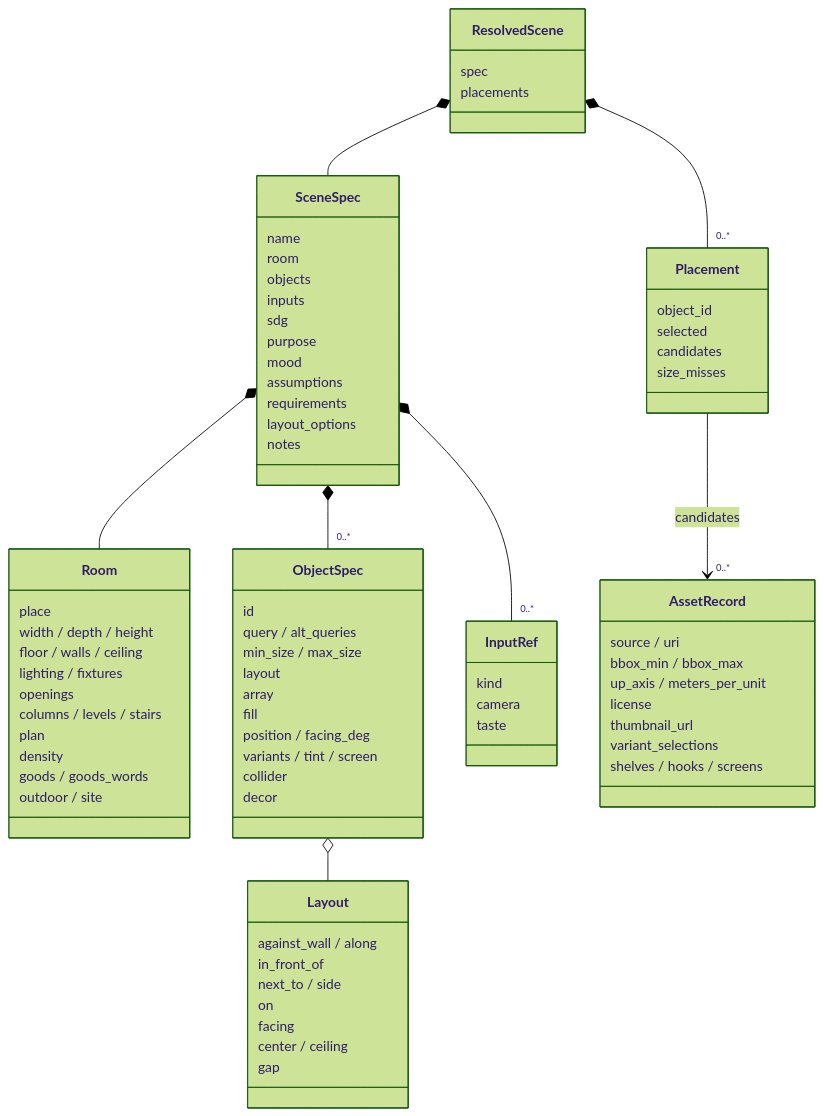
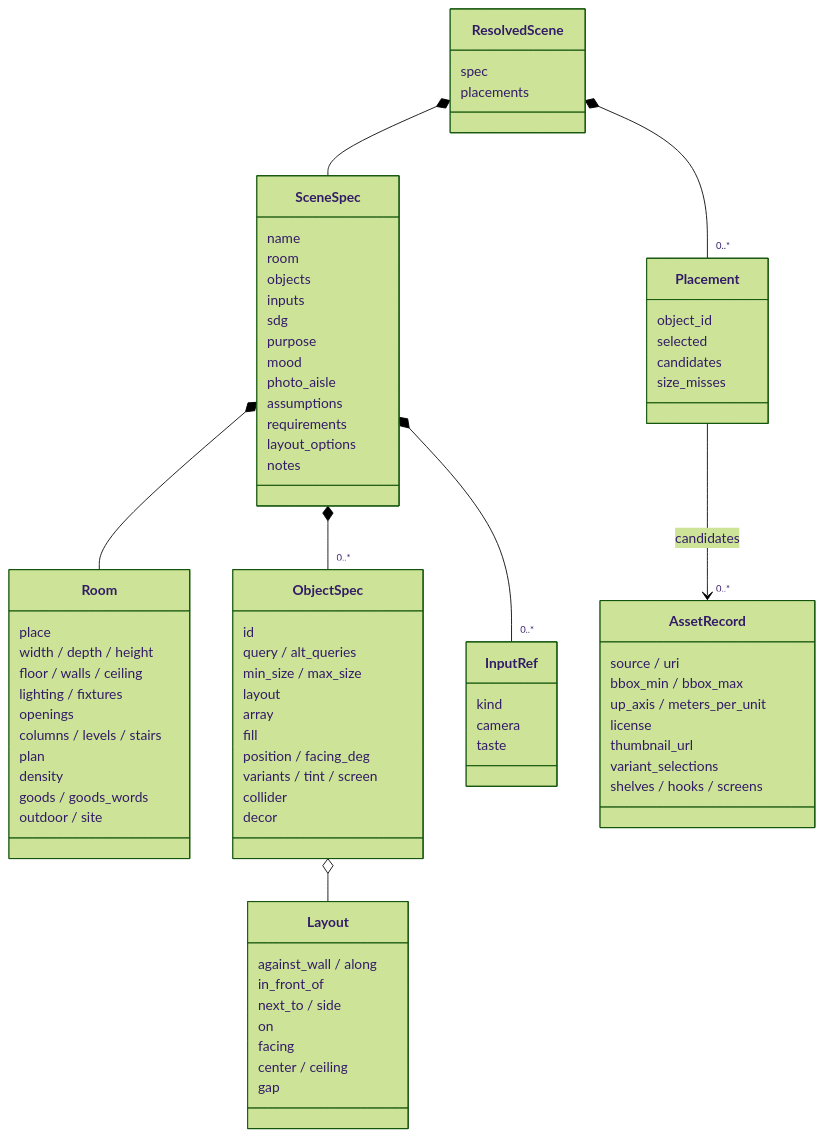
One commit to atinfinity/agentic-sim-world-gen changed the third of 13 diagrams in docs/en/architecture.md. Above: the diagram before and after it, drawn with Mermaid (forest theme). The commit also changed other lines of this file and 9 other files, not shown here.

First line of the commit message:
docs: clearer prose, fixed stale facts, more diagrams and tables

````diff
--- a/docs/en/architecture.md
+++ b/docs/en/architecture.md
@@ -75,80 +113,81 @@
 ```mermaid
 classDiagram
     class SceneSpec {
         name
         room
         objects
         inputs
         sdg
         purpose
         mood
+        photo_aisle
         assumptions
         requirements
         layout_options
         notes
     }
     class Room {
         place
         width / depth / height
         floor / walls / ceiling
         lighting / fixtures
         openings
         columns / levels / stairs
         plan
         density
         goods / goods_words
         outdoor / site
     }
     class ObjectSpec {
         id
         query / alt_queries
         min_size / max_size
         layout
         array
         fill
         position / facing_deg
         variants / tint / screen
         collider
         decor
     }
     class Layout {
         against_wall / along
         in_front_of
         next_to / side
         on
         facing
         center / ceiling
         gap
     }
     class InputRef {
         kind
         camera
         taste
     }
     class ResolvedScene {
         spec
         placements
     }
     class Placement {
         object_id
         selected
         candidates
         size_misses
     }
     class AssetRecord {
         source / uri
         bbox_min / bbox_max
         up_axis / meters_per_unit
         license
         thumbnail_url
         variant_selections
         shelves / hooks / screens
     }
     SceneSpec *-- Room
     SceneSpec *-- "0..*" ObjectSpec
     SceneSpec *-- "0..*" InputRef
     ObjectSpec o-- Layout
     ResolvedScene *-- SceneSpec
     ResolvedScene *-- "0..*" Placement
     Placement --> "0..*" AssetRecord : candidates
 ```
````
